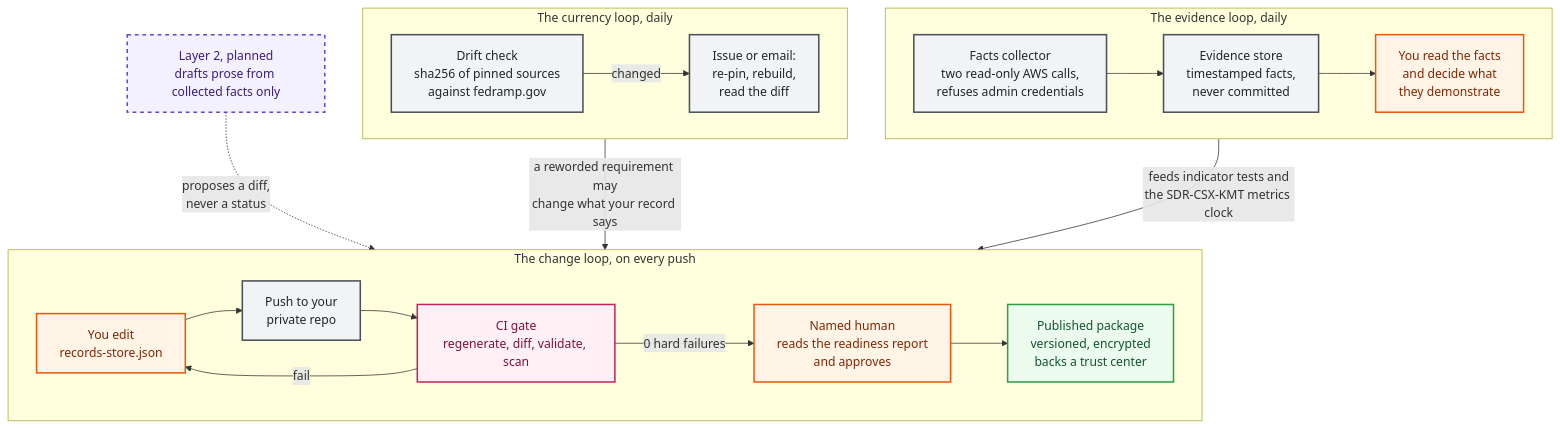
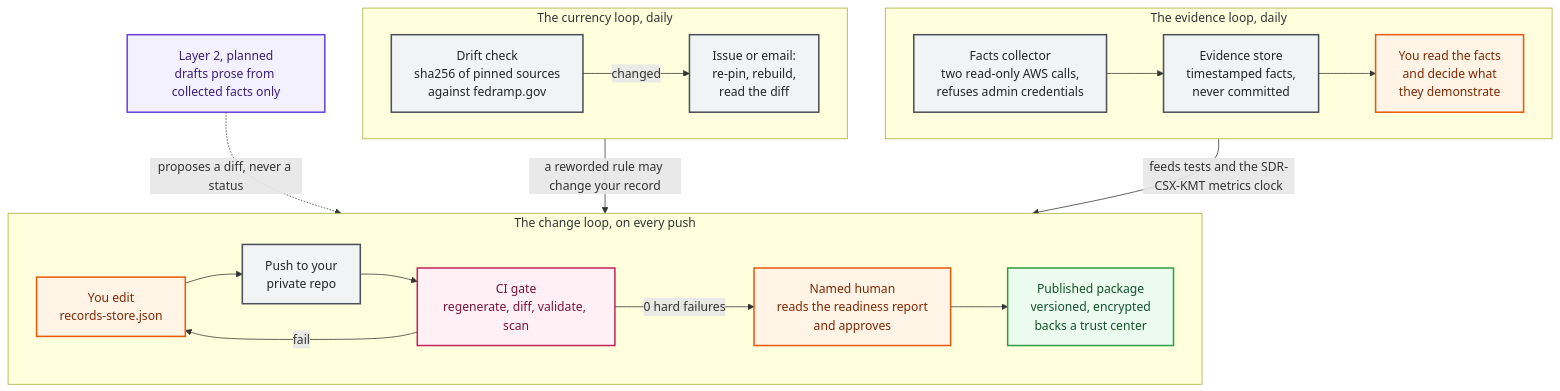
The third of 3 diagrams in docs/architecture.md (satishuv/FEDRAMP-20x-SDR-Documentation), drawn with Mermaid before and after one commit. The commit also changed other lines of this file and 3 other files, not shown here.

First line of the commit message:
Harden Mermaid edge labels for GitHub's renderer

````diff
--- a/docs/architecture.md
+++ b/docs/architecture.md
@@ -118,37 +118,37 @@
 ```mermaid
 flowchart TB
     subgraph change["The change loop, on every push"]
         direction LR
         DEVX["You edit<br/>records-store.json"] --> GIT["Push to your<br/>private repo"]
         GIT --> CI["CI gate<br/>regenerate, diff, validate, scan"]
-        CI -- "0 hard failures" --> HUM["Named human<br/>reads the readiness report<br/>and approves"]
-        CI -- fail --> DEVX
+        CI -->|0 hard failures| HUM["Named human<br/>reads the readiness report<br/>and approves"]
+        CI -->|fail| DEVX
         HUM --> PUB["Published package<br/>versioned, encrypted<br/>backs a trust center"]
     end
 
     subgraph evidence["The evidence loop, daily"]
         direction LR
         COLL["Facts collector<br/>two read-only AWS calls,<br/>refuses admin credentials"] --> EV["Evidence store<br/>timestamped facts,<br/>never committed"]
         EV --> READ["You read the facts<br/>and decide what<br/>they demonstrate"]
     end
 
     subgraph currency["The currency loop, daily"]
         direction LR
-        DRIFT["Drift check<br/>sha256 of pinned sources<br/>against fedramp.gov"] -- changed --> ALERT["Issue or email:<br/>re-pin, rebuild,<br/>read the diff"]
+        DRIFT["Drift check<br/>sha256 of pinned sources<br/>against fedramp.gov"] -->|changed| ALERT["Issue or email:<br/>re-pin, rebuild,<br/>read the diff"]
     end
 
-    READ -- "feeds indicator tests and<br/>the SDR-CSX-KMT metrics clock" --> DEVX
-    ALERT -- "a reworded requirement may<br/>change what your record says" --> DEVX
-    LLM["Layer 2, planned<br/>drafts prose from collected facts only"] -. "proposes a diff,<br/>never a status" .-> DEVX
+    READ -->|feeds tests and the SDR-CSX-KMT metrics clock| DEVX
+    ALERT -->|a reworded rule may change your record| DEVX
+    LLM["Layer 2, planned<br/>drafts prose from collected facts only"] -.->|proposes a diff, never a status| DEVX
 
     classDef you fill:#fff4e6,stroke:#e8590c,stroke-width:2px,color:#7f2704
     classDef step fill:#f1f3f5,stroke:#495057,stroke-width:2px,color:#212529
     classDef gate fill:#fff0f6,stroke:#c2255c,stroke-width:2px,color:#7a1236
     classDef out fill:#ebfbee,stroke:#2f9e44,stroke-width:2px,color:#14532d
-    classDef plan fill:#f3f0ff,stroke:#6741d9,stroke-width:2px,stroke-dasharray:5 5,color:#3b1e7a
+    classDef plan fill:#f3f0ff,stroke:#6741d9,stroke-width:2px,color:#3b1e7a
     class DEVX,READ,HUM you
     class GIT,COLL,EV,DRIFT,ALERT step
     class CI gate
     class PUB out
     class LLM plan
 ```
````
